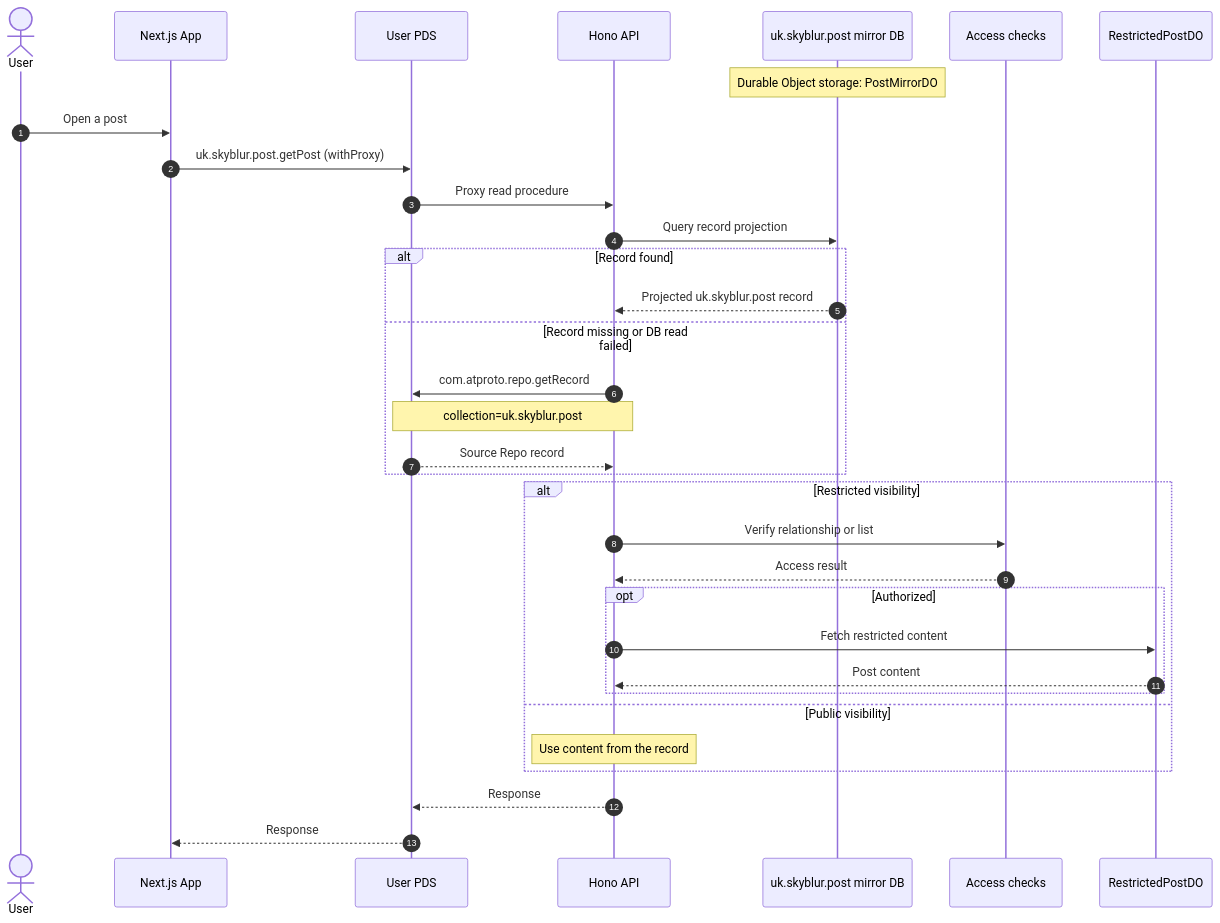
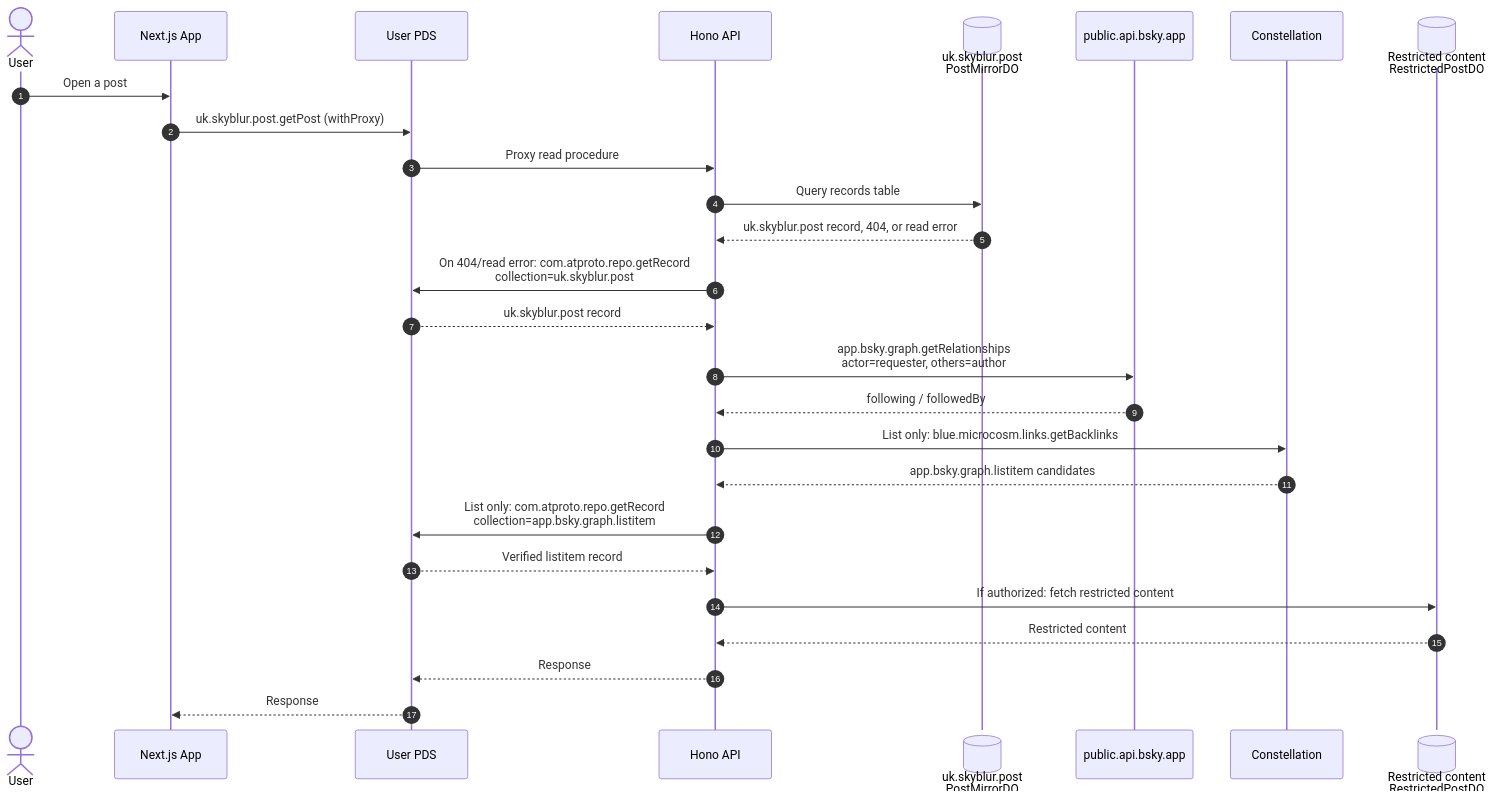
Before and after one commit to usounds/Skyblur: the third of 4 diagrams in README.md, drawn with Mermaid. The commit also changed other lines of this file, not shown here.

Commit message:
Clarify PostMirrorDO and access flow diagrams

````diff
--- a/README.md
+++ b/README.md
@@ -69,36 +65,30 @@
 ```mermaid
 sequenceDiagram
     autonumber
     actor User
     participant App as Next.js App
     participant PDS as User PDS
     participant API as Hono API
-    participant MirrorDB as uk.skyblur.post mirror DB
-    participant Access as Access checks
-    participant Content as RestrictedPostDO
+    participant RecordsDB@{ "type": "database" } as uk.skyblur.post<br/>PostMirrorDO
+    participant PublicAPI as public.api.bsky.app
+    participant Constellation as Constellation
+    participant RestrictedDB@{ "type": "database" } as Restricted content<br/>RestrictedPostDO
 
-    Note over MirrorDB: Durable Object storage: PostMirrorDO
     User->>App: Open a post
     App->>PDS: uk.skyblur.post.getPost (withProxy)
     PDS->>API: Proxy read procedure
-    API->>MirrorDB: Query record projection
-    alt Record found
-        MirrorDB-->>API: Projected uk.skyblur.post record
-    else Record missing or DB read failed
-        API->>PDS: com.atproto.repo.getRecord
-        Note over API,PDS: collection=uk.skyblur.post
-        PDS-->>API: Source Repo record
-    end
-    alt Restricted visibility
-        API->>Access: Verify relationship or list
-        Access-->>API: Access result
-        opt Authorized
-            API->>Content: Fetch restricted content
-            Content-->>API: Post content
-        end
-    else Public visibility
-        Note over API: Use content from the record
-    end
+    API->>RecordsDB: Query records table
+    RecordsDB-->>API: uk.skyblur.post record, 404, or read error
+    API->>PDS: On 404/read error: com.atproto.repo.getRecord<br/>collection=uk.skyblur.post
+    PDS-->>API: uk.skyblur.post record
+    API->>PublicAPI: app.bsky.graph.getRelationships<br/>actor=requester, others=author
+    PublicAPI-->>API: following / followedBy
+    API->>Constellation: List only: blue.microcosm.links.getBacklinks
+    Constellation-->>API: app.bsky.graph.listitem candidates
+    API->>PDS: List only: com.atproto.repo.getRecord<br/>collection=app.bsky.graph.listitem
+    PDS-->>API: Verified listitem record
+    API->>RestrictedDB: If authorized: fetch restricted content
+    RestrictedDB-->>API: Restricted content
     API-->>PDS: Response
     PDS-->>App: Response
 ```
````
